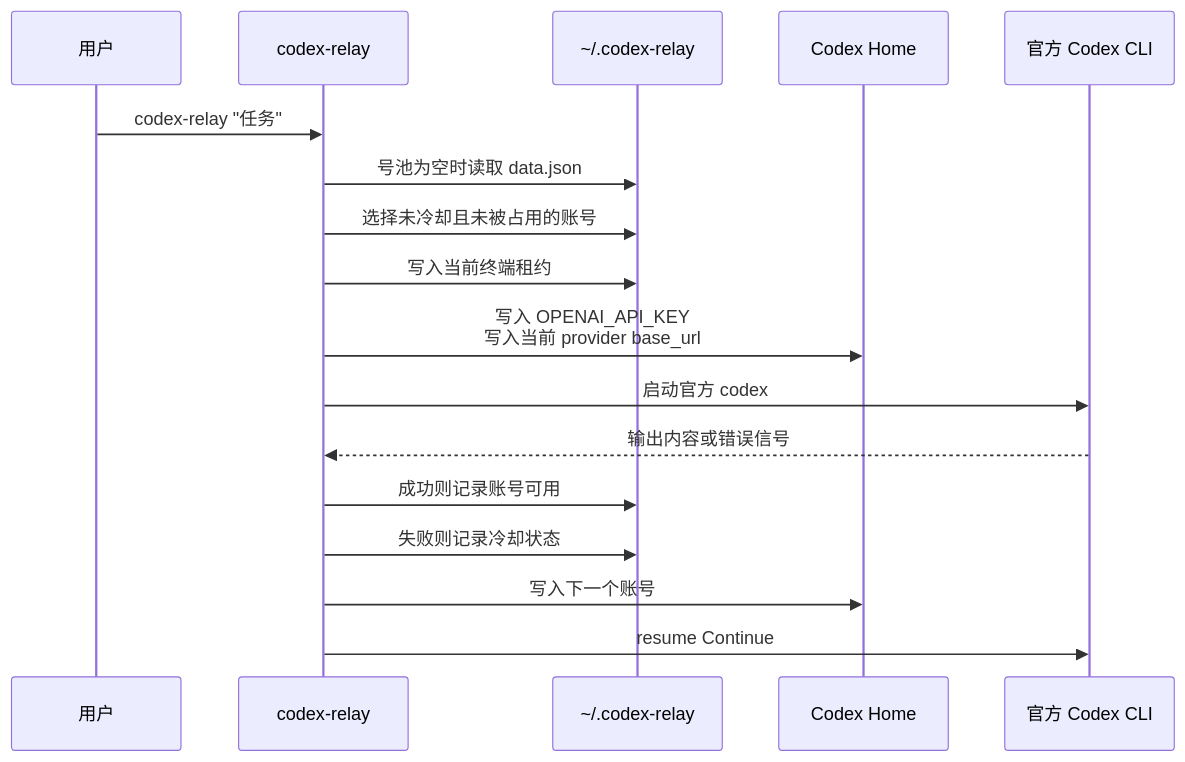
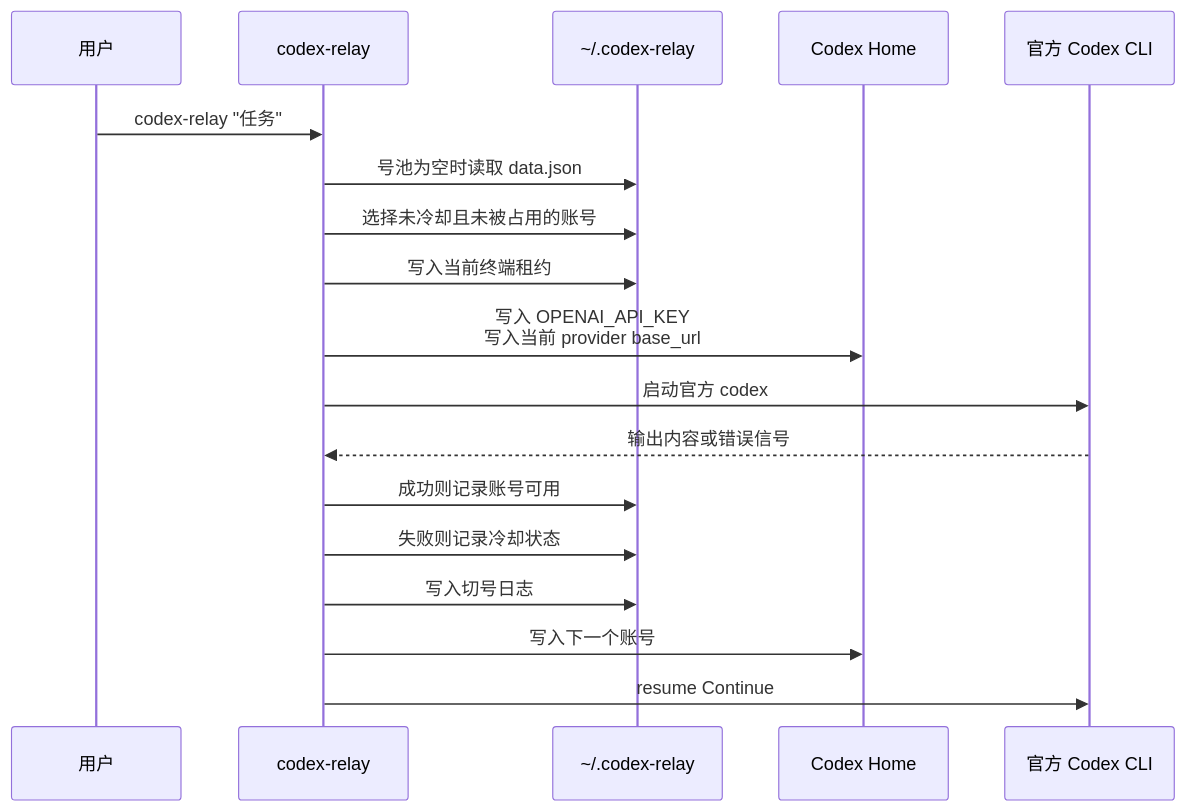
The second of 3 diagrams in ARCHITECTURE.md (Albert-PZY/codex-relay), drawn with Mermaid before and after one commit. The commit also changed other lines of this file and 7 other files, not shown here.

````diff
--- a/ARCHITECTURE.md
+++ b/ARCHITECTURE.md
@@ -71,19 +73,20 @@
 ```mermaid
 sequenceDiagram
   participant User as 用户
   participant CLI as codex-relay
   participant Pool as ~/.codex-relay
   participant Home as Codex Home
   participant Codex as 官方 Codex CLI
   User->>CLI: codex-relay "任务"
   CLI->>Pool: 号池为空时读取 data.json
   CLI->>Pool: 选择未冷却且未被占用的账号
   CLI->>Pool: 写入当前终端租约
   CLI->>Home: 写入 OPENAI_API_KEY<br>写入当前 provider base_url
   CLI->>Codex: 启动官方 codex
   Codex-->>CLI: 输出内容或错误信号
   CLI->>Pool: 成功则记录账号可用
   CLI->>Pool: 失败则记录冷却状态
+  CLI->>Pool: 写入切号日志
   CLI->>Home: 写入下一个账号
   CLI->>Codex: resume Continue
 ```
````
